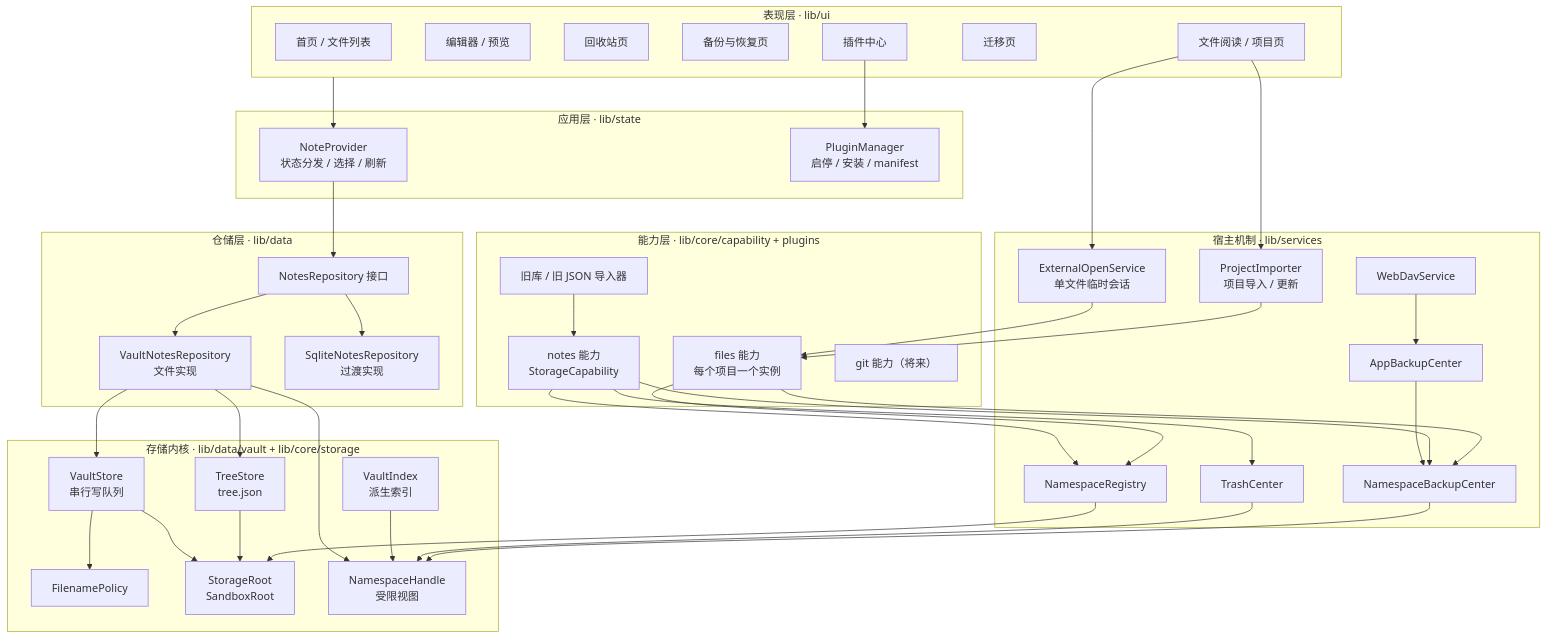
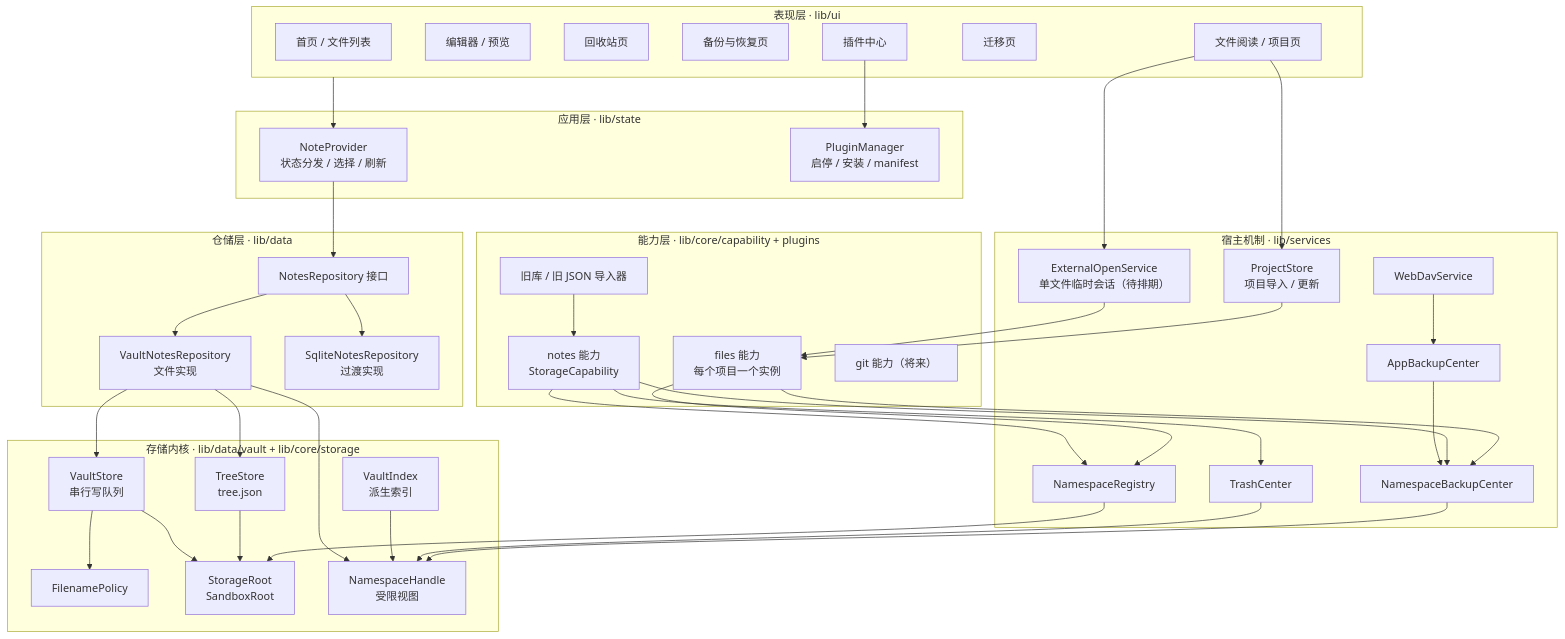
Before and after one commit to JcEvoX/S13F4J: the first of 11 diagrams in docs/architecture.md, drawn with Mermaid. The commit also changed other lines of this file and 1 other file, not shown here.

````diff
--- a/docs/architecture.md
+++ b/docs/architecture.md
@@ -29,77 +29,77 @@
 ```mermaid
 flowchart TB
     subgraph UI["表现层 · lib/ui"]
         Home["首页 / 文件列表"]
         Editor["编辑器 / 预览"]
         TrashUI["回收站页"]
         BackupUI["备份与恢复页"]
         PluginUI["插件中心"]
         MigrationUI["迁移页"]
         FileUI["文件阅读 / 项目页"]
     end
 
     subgraph APP["应用层 · lib/state"]
         Provider["NoteProvider<br/>状态分发 / 选择 / 刷新"]
         PluginMgr["PluginManager<br/>启停 / 安装 / manifest"]
     end
 
     subgraph REPO["仓储层 · lib/data"]
         Repo["NotesRepository 接口"]
         VaultRepo["VaultNotesRepository<br/>文件实现"]
         SqliteRepo["SqliteNotesRepository<br/>过渡实现"]
     end
 
     subgraph CORE["存储内核 · lib/data/vault + lib/core/storage"]
         VaultStore["VaultStore<br/>串行写队列"]
         TreeStore["TreeStore<br/>tree.json"]
         Filename["FilenamePolicy"]
         Index["VaultIndex<br/>派生索引"]
         Root["StorageRoot<br/>SandboxRoot"]
         Handle["NamespaceHandle<br/>受限视图"]
     end
 
     subgraph HOST["宿主机制 · lib/services"]
         Registry["NamespaceRegistry"]
         TrashCenter["TrashCenter"]
         NsBackup["NamespaceBackupCenter"]
         AppBackup["AppBackupCenter"]
         WebDAV["WebDavService"]
-        ExternalOpen["ExternalOpenService<br/>单文件临时会话"]
-        ProjectSvc["ProjectImporter<br/>项目导入 / 更新"]
+        ExternalOpen["ExternalOpenService<br/>单文件临时会话（待排期）"]
+        ProjectSvc["ProjectStore<br/>项目导入 / 更新"]
     end
 
     subgraph CAP["能力层 · lib/core/capability + plugins"]
         NotesCap["notes 能力<br/>StorageCapability"]
         FilesCap["files 能力<br/>每个项目一个实例"]
         Legacy["旧库 / 旧 JSON 导入器"]
         Git["git 能力（将来）"]
     end
 
     UI --> Provider
     PluginUI --> PluginMgr
     Provider --> Repo
     Repo --> VaultRepo
     Repo --> SqliteRepo
     VaultRepo --> VaultStore
     VaultRepo --> TreeStore
     VaultStore --> Root
     VaultStore --> Filename
     TreeStore --> Root
     VaultRepo --> Handle
     Index --> Handle
     TrashCenter --> Handle
     NsBackup --> Handle
     AppBackup --> NsBackup
     Registry --> Root
     NotesCap --> Registry
     NotesCap --> TrashCenter
     NotesCap --> NsBackup
     Legacy --> NotesCap
     WebDAV --> AppBackup
     FileUI --> ExternalOpen
     FileUI --> ProjectSvc
     ExternalOpen --> FilesCap
     ProjectSvc --> FilesCap
     FilesCap --> Registry
     FilesCap --> NsBackup
 ```
````
